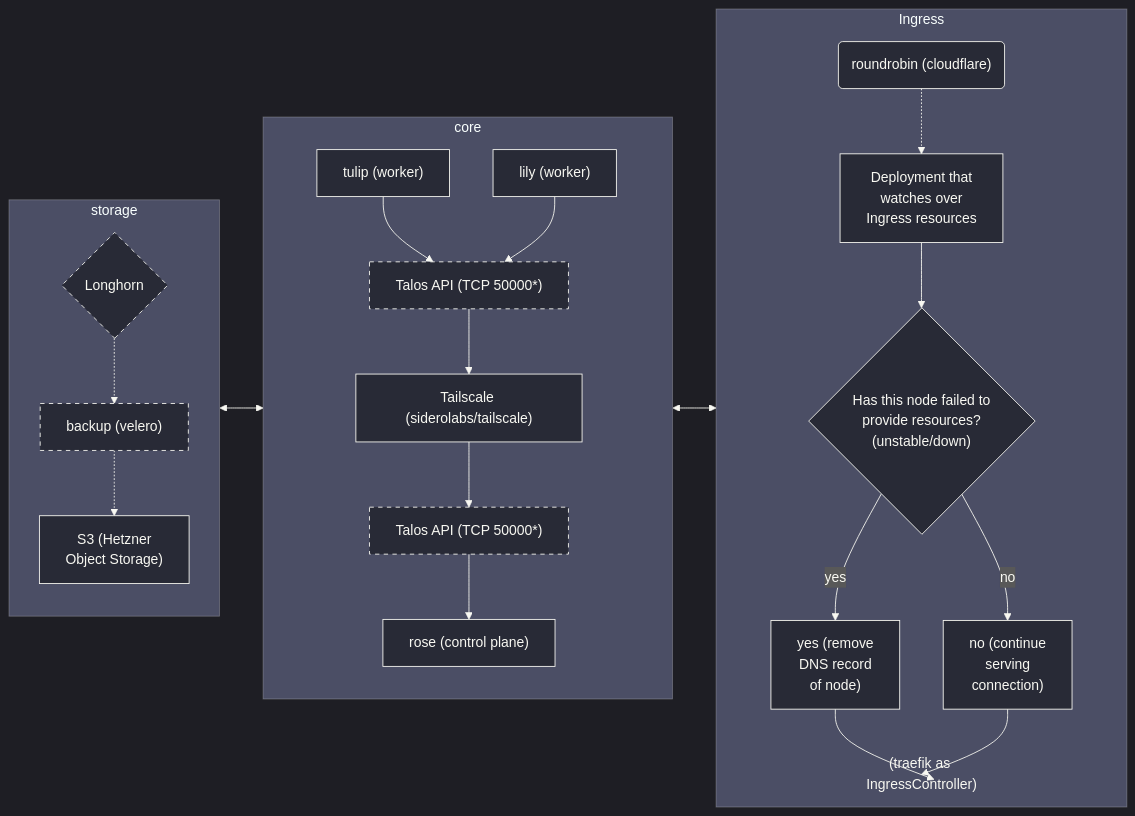
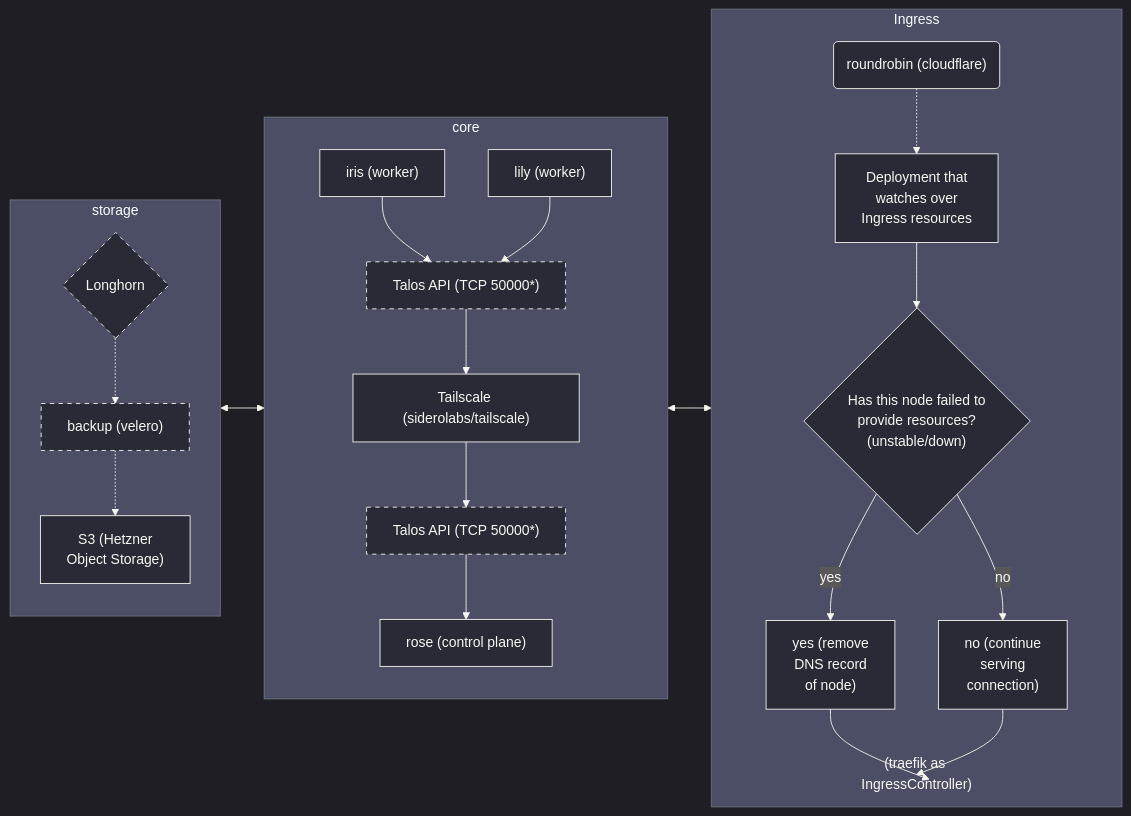
The diagram in README.md (bouquet2/bouquet2), drawn with Mermaid before and after one commit. The commit also changed other lines of this file and 9 other files, not shown here.

````diff
--- a/README.md
+++ b/README.md
@@ -94,60 +86,60 @@
 ```mermaid
 %%{init: {'theme': 'dark', 'themeVariables': {'mainBkg': '#282a36', 'nodeBorder': '#f8f8f2', 'textColor': '#f8f8f2', 'lineColor': '#f8f8f2', 'primaryColor': '#282a36', 'primaryTextColor': '#f8f8f2', 'primaryBorderColor': '#f8f8f2'}}}%%
 graph LR
     classDef dashed stroke-dasharray: 5 5, stroke-width:1px
 
     %% - All nodes run Talos Linux
     %% - Will be multi-cloud
     %% - Will be expandable
     %% - hopefully be reproducible (fingers crossed)
     %% - velero might not happen depends on my wallet idk
 
     subgraph Core [core]
         direction TB
         core_rose["rose (control plane)"]
         core_talos_api_up["Talos API (TCP 50000*)"]:::dashed
         core_tailscale["Tailscale (siderolabs/tailscale)"]
         core_talos_api_down["Talos API (TCP 50000*)"]:::dashed
-        core_tulip["tulip (worker)"]
+        core_iris["iris (worker)"]
         core_lily["lily (worker)"]
 
-        core_tulip --> core_talos_api_down
+        core_iris --> core_talos_api_down
         core_lily --> core_talos_api_down
         core_talos_api_down --> core_tailscale
         core_tailscale --> core_talos_api_up
         core_talos_api_up --> core_rose
     end
 
     subgraph Storage [storage]
         direction TB
         storage_openebs{"Longhorn"}:::dashed
         storage_velero["backup (velero)"]:::dashed
         storage_s3["S3 (Hetzner<br>Object Storage)"]
 
         storage_openebs -.-> storage_velero
         storage_velero -.-> storage_s3
     end
 
     subgraph Ingress
         direction TB
         ingress_rr("roundrobin (cloudflare)")
         ingress_watcher["Deployment that<br>watches over<br>Ingress resources"]
         ingress_check{"Has this node failed to<br>provide resources?<br>(unstable/down)"}
         ingress_yes["yes (remove<br>DNS record<br>of node)"]
         ingress_no["no (continue<br>serving<br>connection)"]
         ingress_note(["(traefik as IngressController)"])
         style ingress_note fill:none,stroke:none,color:#aaa %% Make note less prominent
 
         ingress_rr -.-> ingress_watcher
         ingress_watcher --> ingress_check
         ingress_check -- yes --> ingress_yes
         ingress_check -- no --> ingress_no
         %% Place note loosely after decision
         ingress_yes --> ingress_note
         ingress_no --> ingress_note
     end
 
     %% Connections between subgraphs
     Storage <--> Core
     Core <--> Ingress
 ```
````
